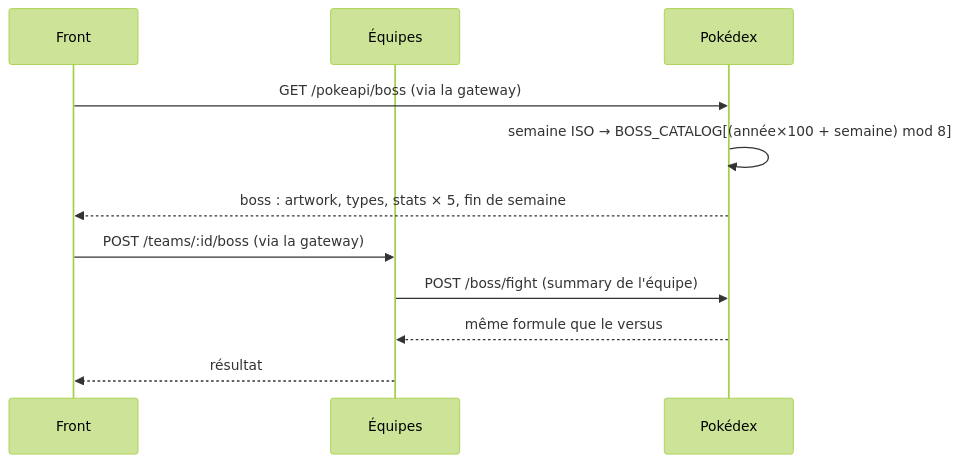
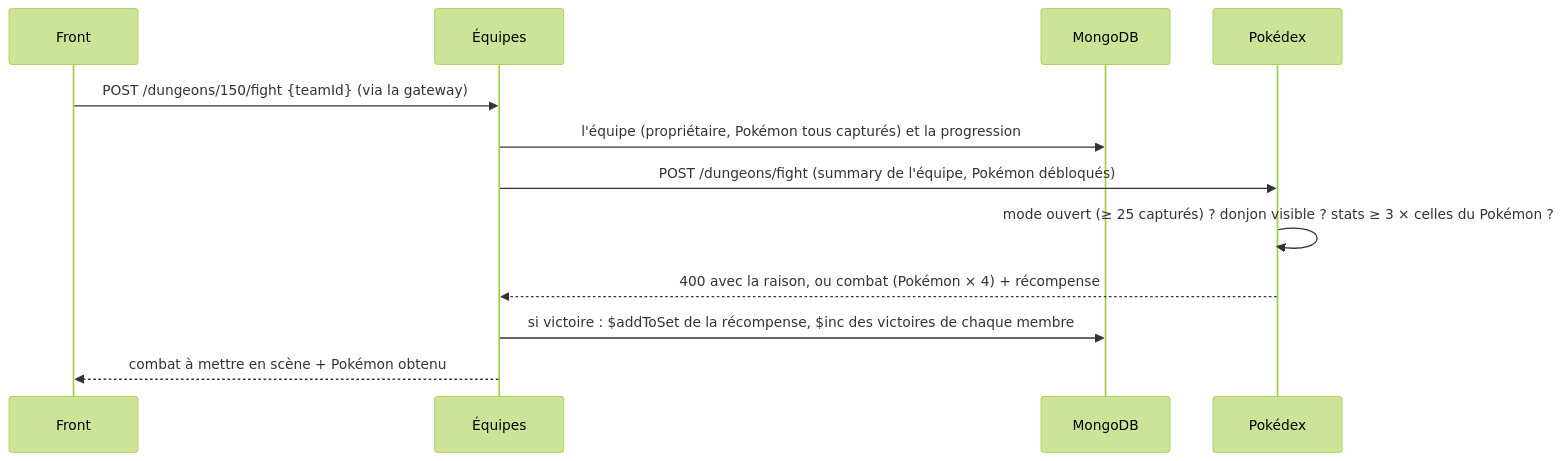
Before and after one commit to poketeam-luco7/poketeam: the seventh of 10 diagrams in docs/architecture.md, drawn with Mermaid (forest theme). The commit also changed other lines of this file and 23 other files, not shown here.

````diff
--- a/docs/architecture.md
+++ b/docs/architecture.md
@@ -176,13 +178,14 @@
 ```mermaid
 sequenceDiagram
     participant F as Front
     participant E as Équipes
+    participant M as MongoDB
     participant P as Pokédex
-    F->>P: GET /pokeapi/boss (via la gateway)
-    P->>P: semaine ISO → BOSS_CATALOG[(année×100 + semaine) mod 8]
-    P-->>F: boss : artwork, types, stats × 5, fin de semaine
-    F->>E: POST /teams/:id/boss (via la gateway)
-    E->>P: POST /boss/fight (summary de l'équipe)
-    P-->>E: même formule que le versus
-    E-->>F: résultat
+    F->>E: POST /dungeons/150/fight {teamId} (via la gateway)
+    E->>M: l'équipe (propriétaire, Pokémon tous capturés) et la progression
+    E->>P: POST /dungeons/fight (summary de l'équipe, Pokémon débloqués)
+    P->>P: mode ouvert (≥ 25 capturés) ? donjon visible ? stats ≥ 3 × celles du Pokémon ?
+    P-->>E: 400 avec la raison, ou combat (Pokémon × 4) + récompense
+    E->>M: si victoire : $addToSet de la récompense, $inc des victoires de chaque membre
+    E-->>F: combat à mettre en scène + Pokémon obtenu
 ```
````
